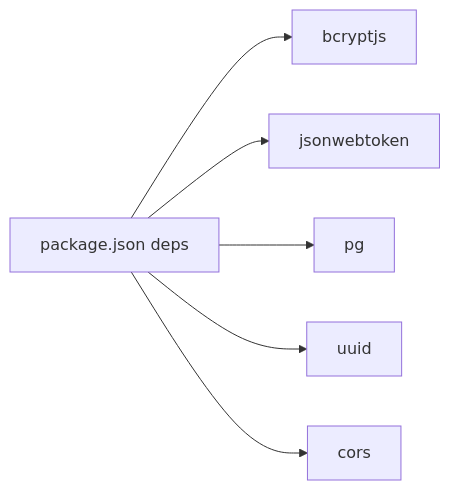
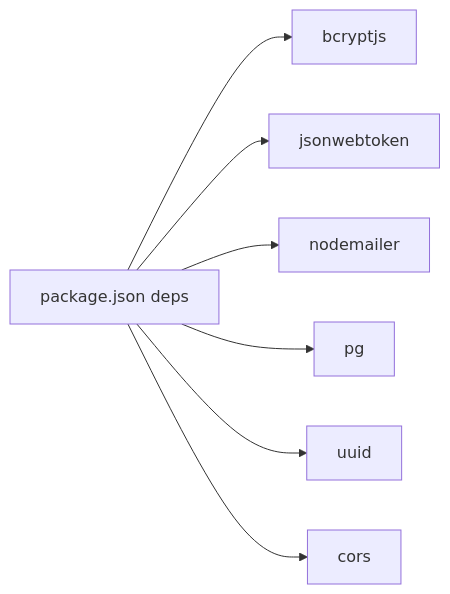
Before and after one commit to ikramhh/signvue-project: diagram 14 of 14 in .qoder/repowiki/en/content/Authentication Service.md, drawn with Mermaid. The commit also changed other lines of this file and 4 other files, not shown here.

````diff
--- a/.qoder/repowiki/en/content/Authentication Service.md
+++ b/.qoder/repowiki/en/content/Authentication Service.md
@@ -378,14 +533,16 @@
 ```mermaid
 graph LR
 Pkg["package.json deps"]
 Bcrypt["bcryptjs"]
 JWT["jsonwebtoken"]
+Nodemailer["nodemailer"]
 PG["pg"]
 UUID["uuid"]
 CORS["cors"]
 Pkg --> Bcrypt
 Pkg --> JWT
+Pkg --> Nodemailer
 Pkg --> PG
 Pkg --> UUID
 Pkg --> CORS
 ```
````
